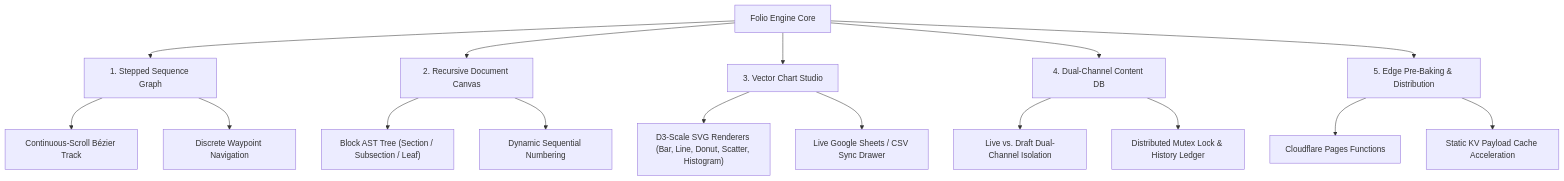
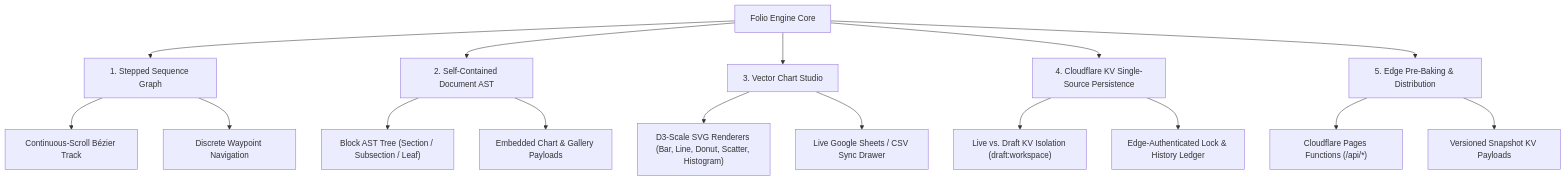
The diagram in docs/folio-engine/README.md (devcabs/folio), drawn with Mermaid before and after one commit. The commit also changed other lines of this file and 16 other files, not shown here.

````diff
--- a/docs/folio-engine/README.md
+++ b/docs/folio-engine/README.md
@@ -11,23 +11,23 @@
 ```mermaid
 graph TD
     A["Folio Engine Core"] --> B["1. Stepped Sequence Graph"]
-    A --> C["2. Recursive Document Canvas"]
+    A --> C["2. Self-Contained Document AST"]
     A --> D["3. Vector Chart Studio"]
-    A --> E["4. Dual-Channel Content DB"]
+    A --> E["4. Cloudflare KV Single-Source Persistence"]
     A --> F["5. Edge Pre-Baking & Distribution"]
 
     B --> B1["Continuous-Scroll Bézier Track"]
     B --> B2["Discrete Waypoint Navigation"]
     
     C --> C1["Block AST Tree (Section / Subsection / Leaf)"]
-    C --> C2["Dynamic Sequential Numbering"]
+    C --> C2["Embedded Chart & Gallery Payloads"]
     
     D --> D1["D3-Scale SVG Renderers (Bar, Line, Donut, Scatter, Histogram)"]
     D --> D2["Live Google Sheets / CSV Sync Drawer"]
     
-    E --> E1["Live vs. Draft Dual-Channel Isolation"]
-    E --> E2["Distributed Mutex Lock & History Ledger"]
+    E --> E1["Live vs. Draft KV Isolation (draft:workspace)"]
+    E --> E2["Edge-Authenticated Lock & History Ledger"]
     
-    F --> F1["Cloudflare Pages Functions"]
-    F --> F2["Static KV Payload Cache Acceleration"]
+    F --> F1["Cloudflare Pages Functions (/api/*)"]
+    F --> F2["Versioned Snapshot KV Payloads"]
 ```
````
